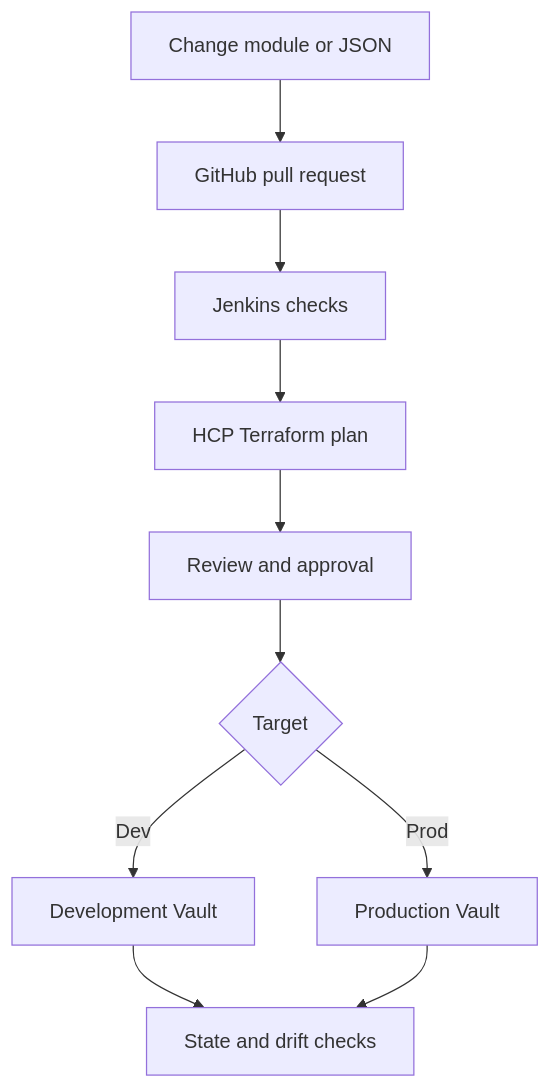
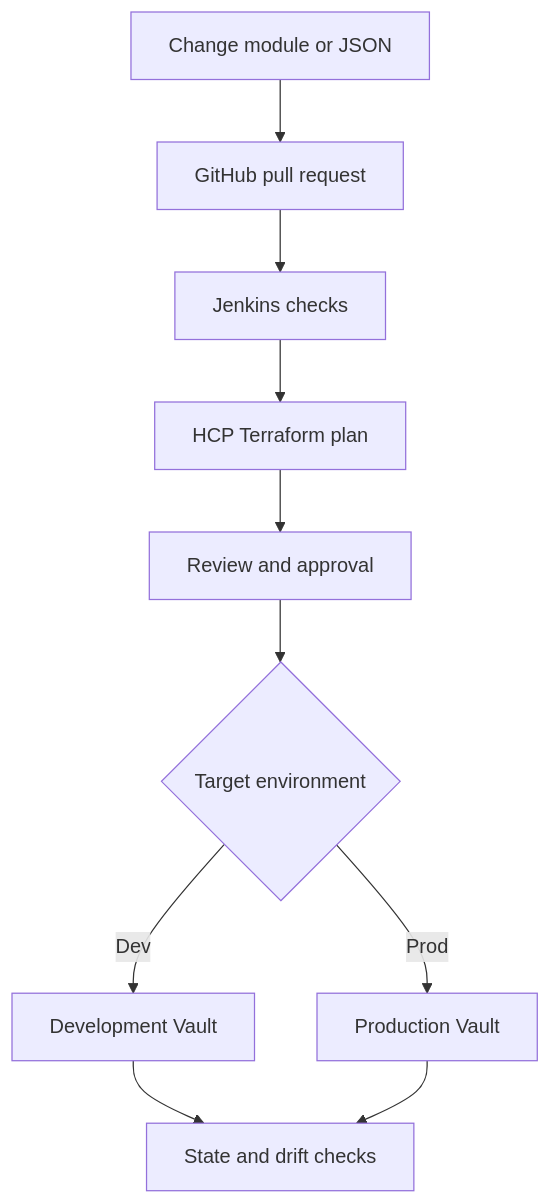
The first of 3 diagrams in README.md (therayy/terraform-ntax), drawn with Mermaid before and after one commit. The commit also changed other lines of this file, not shown here.

````diff
--- a/README.md
+++ b/README.md
@@ -66,12 +64,12 @@
 ```mermaid
 flowchart TD
     A["Change module or JSON"] --> B["GitHub pull request"]
     B --> C["Jenkins checks"]
     C --> D["HCP Terraform plan"]
     D --> E["Review and approval"]
-    E --> F{"Target"}
+    E --> F{"Target environment"}
     F -->|Dev| G["Development Vault"]
     F -->|Prod| H["Production Vault"]
     G --> I["State and drift checks"]
     H --> I
 ```
````
